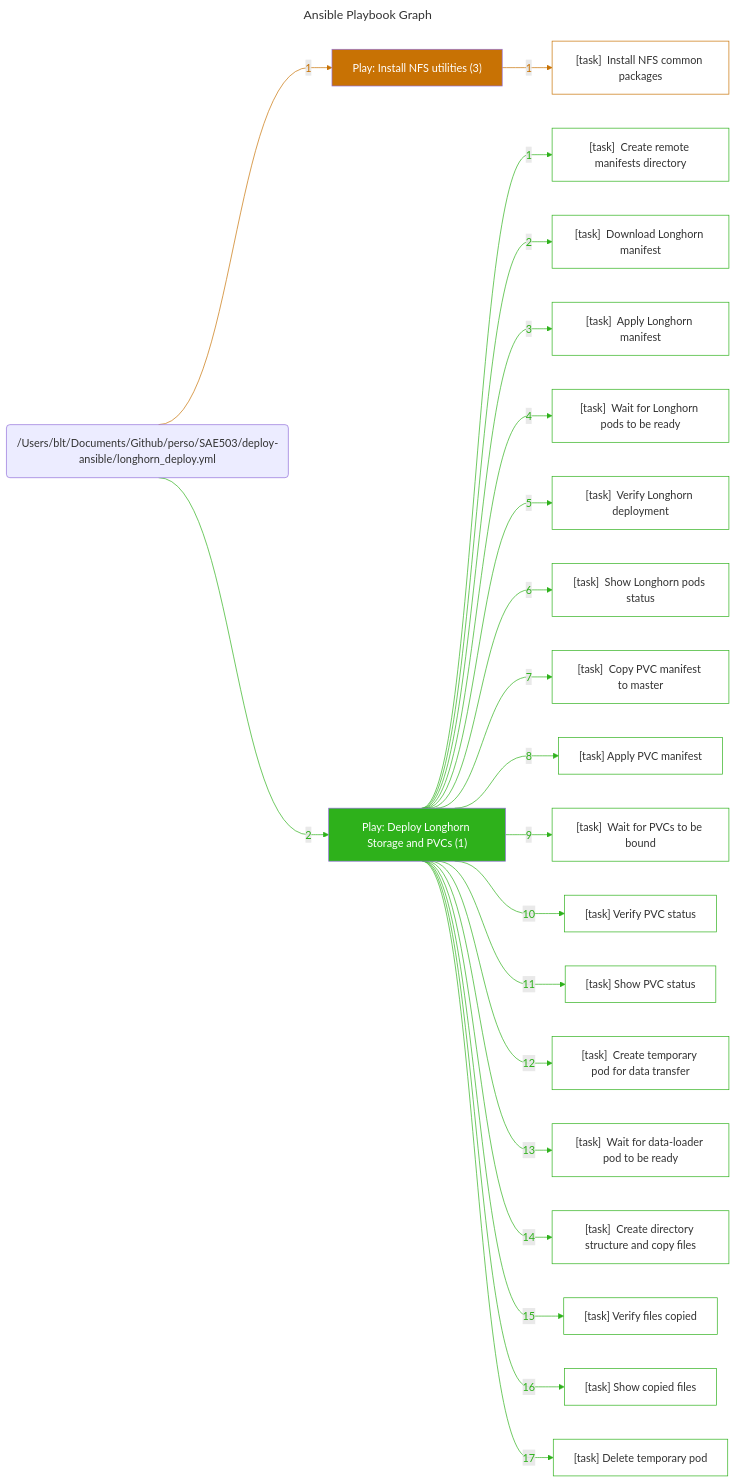
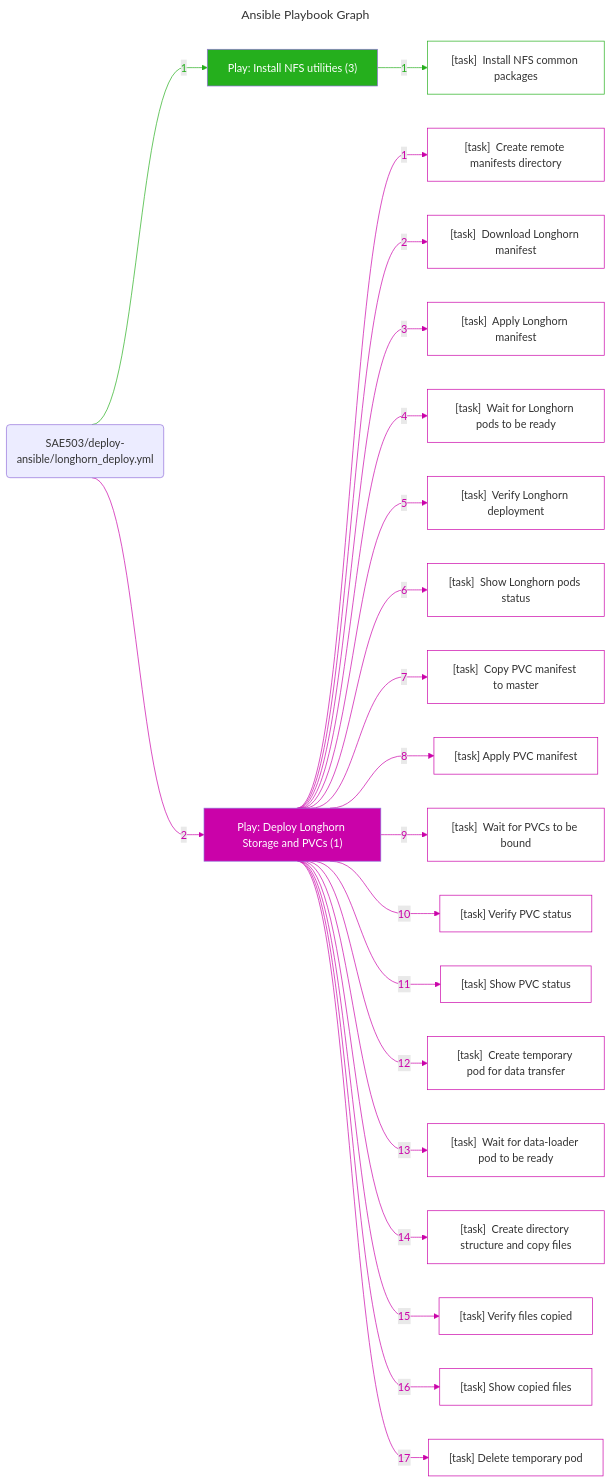
One commit to basilelt/SAE503 changed the diagram in graphs/longhorn_deploy.md. Above: the diagram before and after it, drawn with Mermaid. The commit also changed 3 other files, not shown here.

Commit message:
Update playbook graphs to remove hardcoded paths and enhance styling for better clarity

````diff
--- a/graphs/longhorn_deploy.md
+++ b/graphs/longhorn_deploy.md
@@ -4,92 +4,92 @@
 ---
 %%{ init: { "flowchart": { "curve": "bumpX" } } }%%
 flowchart LR
-	%% Start of the playbook '/Users/blt/Documents/Github/perso/SAE503/deploy-ansible/longhorn_deploy.yml'
-	playbook_07174a45("/Users/blt/Documents/Github/perso/SAE503/deploy-ansible/longhorn_deploy.yml")
+	%% Start of the playbook 'SAE503/deploy-ansible/longhorn_deploy.yml'
+	playbook_f51d045a("SAE503/deploy-ansible/longhorn_deploy.yml")
 		%% Start of the play 'Play: Install NFS utilities (3)'
-		play_49e6dd52["Play: Install NFS utilities (3)"]
-		style play_49e6dd52 fill:#c87204,color:#ffffff
-		playbook_07174a45 --> |"1"| play_49e6dd52
-		linkStyle 0 stroke:#c87204,color:#c87204
-			task_d1c6cede["[task]  Install NFS common packages"]
-			style task_d1c6cede stroke:#c87204,fill:#ffffff
-			play_49e6dd52 --> |"1"| task_d1c6cede
-			linkStyle 1 stroke:#c87204,color:#c87204
+		play_8b75566a["Play: Install NFS utilities (3)"]
+		style play_8b75566a fill:#25af1d,color:#ffffff
+		playbook_f51d045a --> |"1"| play_8b75566a
+		linkStyle 0 stroke:#25af1d,color:#25af1d
+			task_f09f77f0["[task]  Install NFS common packages"]
+			style task_f09f77f0 stroke:#25af1d,fill:#ffffff
+			play_8b75566a --> |"1"| task_f09f77f0
+			linkStyle 1 stroke:#25af1d,color:#25af1d
 		%% End of the play 'Play: Install NFS utilities (3)'
 		%% Start of the play 'Play: Deploy Longhorn Storage and PVCs (1)'
-		play_ea55d69d["Play: Deploy Longhorn Storage and PVCs (1)"]
-		style play_ea55d69d fill:#2eb11b,color:#ffffff
-		playbook_07174a45 --> |"2"| play_ea55d69d
-		linkStyle 2 stroke:#2eb11b,color:#2eb11b
-			task_333bb733["[task]  Create remote manifests directory"]
-			style task_333bb733 stroke:#2eb11b,fill:#ffffff
-			play_ea55d69d --> |"1"| task_333bb733
-			linkStyle 3 stroke:#2eb11b,color:#2eb11b
-			task_42355b24["[task]  Download Longhorn manifest"]
-			style task_42355b24 stroke:#2eb11b,fill:#ffffff
-			play_ea55d69d --> |"2"| task_42355b24
-			linkStyle 4 stroke:#2eb11b,color:#2eb11b
-			task_e3b43c06["[task]  Apply Longhorn manifest"]
-			style task_e3b43c06 stroke:#2eb11b,fill:#ffffff
-			play_ea55d69d --> |"3"| task_e3b43c06
-			linkStyle 5 stroke:#2eb11b,color:#2eb11b
-			task_437ee8d3["[task]  Wait for Longhorn pods to be ready"]
-			style task_437ee8d3 stroke:#2eb11b,fill:#ffffff
-			play_ea55d69d --> |"4"| task_437ee8d3
-			linkStyle 6 stroke:#2eb11b,color:#2eb11b
-			task_1f94bdf1["[task]  Verify Longhorn deployment"]
-			style task_1f94bdf1 stroke:#2eb11b,fill:#ffffff
-			play_ea55d69d --> |"5"| task_1f94bdf1
-			linkStyle 7 stroke:#2eb11b,color:#2eb11b
-			task_28922def["[task]  Show Longhorn pods status"]
-			style task_28922def stroke:#2eb11b,fill:#ffffff
-			play_ea55d69d --> |"6"| task_28922def
-			linkStyle 8 stroke:#2eb11b,color:#2eb11b
-			task_17045ad2["[task]  Copy PVC manifest to master"]
-			style task_17045ad2 stroke:#2eb11b,fill:#ffffff
-			play_ea55d69d --> |"7"| task_17045ad2
-			linkStyle 9 stroke:#2eb11b,color:#2eb11b
-			task_fde6053f["[task]  Apply PVC manifest"]
-			style task_fde6053f stroke:#2eb11b,fill:#ffffff
-			play_ea55d69d --> |"8"| task_fde6053f
-			linkStyle 10 stroke:#2eb11b,color:#2eb11b
-			task_61ac6269["[task]  Wait for PVCs to be bound"]
-			style task_61ac6269 stroke:#2eb11b,fill:#ffffff
-			play_ea55d69d --> |"9"| task_61ac6269
-			linkStyle 11 stroke:#2eb11b,color:#2eb11b
-			task_aa5a6588["[task]  Verify PVC status"]
-			style task_aa5a6588 stroke:#2eb11b,fill:#ffffff
-			play_ea55d69d --> |"10"| task_aa5a6588
-			linkStyle 12 stroke:#2eb11b,color:#2eb11b
-			task_b9eb346c["[task]  Show PVC status"]
-			style task_b9eb346c stroke:#2eb11b,fill:#ffffff
-			play_ea55d69d --> |"11"| task_b9eb346c
-			linkStyle 13 stroke:#2eb11b,color:#2eb11b
-			task_bd65870e["[task]  Create temporary pod for data transfer"]
-			style task_bd65870e stroke:#2eb11b,fill:#ffffff
-			play_ea55d69d --> |"12"| task_bd65870e
-			linkStyle 14 stroke:#2eb11b,color:#2eb11b
-			task_3bc15ae3["[task]  Wait for data-loader pod to be ready"]
-			style task_3bc15ae3 stroke:#2eb11b,fill:#ffffff
-			play_ea55d69d --> |"13"| task_3bc15ae3
-			linkStyle 15 stroke:#2eb11b,color:#2eb11b
-			task_60af8e96["[task]  Create directory structure and copy files"]
-			style task_60af8e96 stroke:#2eb11b,fill:#ffffff
-			play_ea55d69d --> |"14"| task_60af8e96
-			linkStyle 16 stroke:#2eb11b,color:#2eb11b
-			task_2bd362d4["[task]  Verify files copied"]
-			style task_2bd362d4 stroke:#2eb11b,fill:#ffffff
-			play_ea55d69d --> |"15"| task_2bd362d4
-			linkStyle 17 stroke:#2eb11b,color:#2eb11b
-			task_25eee184["[task]  Show copied files"]
-			style task_25eee184 stroke:#2eb11b,fill:#ffffff
-			play_ea55d69d --> |"16"| task_25eee184
-			linkStyle 18 stroke:#2eb11b,color:#2eb11b
-			task_d73bf616["[task]  Delete temporary pod"]
-			style task_d73bf616 stroke:#2eb11b,fill:#ffffff
-			play_ea55d69d --> |"17"| task_d73bf616
-			linkStyle 19 stroke:#2eb11b,color:#2eb11b
+		play_b8277cb8["Play: Deploy Longhorn Storage and PVCs (1)"]
+		style play_b8277cb8 fill:#ca02a9,color:#ffffff
+		playbook_f51d045a --> |"2"| play_b8277cb8
+		linkStyle 2 stroke:#ca02a9,color:#ca02a9
+			task_6262ca39["[task]  Create remote manifests directory"]
+			style task_6262ca39 stroke:#ca02a9,fill:#ffffff
+			play_b8277cb8 --> |"1"| task_6262ca39
+			linkStyle 3 stroke:#ca02a9,color:#ca02a9
+			task_0b1215fc["[task]  Download Longhorn manifest"]
+			style task_0b1215fc stroke:#ca02a9,fill:#ffffff
+			play_b8277cb8 --> |"2"| task_0b1215fc
+			linkStyle 4 stroke:#ca02a9,color:#ca02a9
+			task_ac26e07b["[task]  Apply Longhorn manifest"]
+			style task_ac26e07b stroke:#ca02a9,fill:#ffffff
+			play_b8277cb8 --> |"3"| task_ac26e07b
+			linkStyle 5 stroke:#ca02a9,color:#ca02a9
+			task_d1874215["[task]  Wait for Longhorn pods to be ready"]
+			style task_d1874215 stroke:#ca02a9,fill:#ffffff
+			play_b8277cb8 --> |"4"| task_d1874215
+			linkStyle 6 stroke:#ca02a9,color:#ca02a9
+			task_ecd83d7a["[task]  Verify Longhorn deployment"]
+			style task_ecd83d7a stroke:#ca02a9,fill:#ffffff
+			play_b8277cb8 --> |"5"| task_ecd83d7a
+			linkStyle 7 stroke:#ca02a9,color:#ca02a9
+			task_6d711aae["[task]  Show Longhorn pods status"]
+			style task_6d711aae stroke:#ca02a9,fill:#ffffff
+			play_b8277cb8 --> |"6"| task_6d711aae
+			linkStyle 8 stroke:#ca02a9,color:#ca02a9
+			task_24dd2137["[task]  Copy PVC manifest to master"]
+			style task_24dd2137 stroke:#ca02a9,fill:#ffffff
+			play_b8277cb8 --> |"7"| task_24dd2137
+			linkStyle 9 stroke:#ca02a9,color:#ca02a9
+			task_a1d934f4["[task]  Apply PVC manifest"]
+			style task_a1d934f4 stroke:#ca02a9,fill:#ffffff
+			play_b8277cb8 --> |"8"| task_a1d934f4
+			linkStyle 10 stroke:#ca02a9,color:#ca02a9
+			task_310fe23d["[task]  Wait for PVCs to be bound"]
+			style task_310fe23d stroke:#ca02a9,fill:#ffffff
+			play_b8277cb8 --> |"9"| task_310fe23d
+			linkStyle 11 stroke:#ca02a9,color:#ca02a9
+			task_9803483a["[task]  Verify PVC status"]
+			style task_9803483a stroke:#ca02a9,fill:#ffffff
+			play_b8277cb8 --> |"10"| task_9803483a
+			linkStyle 12 stroke:#ca02a9,color:#ca02a9
+			task_9b257a66["[task]  Show PVC status"]
+			style task_9b257a66 stroke:#ca02a9,fill:#ffffff
+			play_b8277cb8 --> |"11"| task_9b257a66
+			linkStyle 13 stroke:#ca02a9,color:#ca02a9
+			task_43332c0f["[task]  Create temporary pod for data transfer"]
+			style task_43332c0f stroke:#ca02a9,fill:#ffffff
+			play_b8277cb8 --> |"12"| task_43332c0f
+			linkStyle 14 stroke:#ca02a9,color:#ca02a9
+			task_b18f5345["[task]  Wait for data-loader pod to be ready"]
+			style task_b18f5345 stroke:#ca02a9,fill:#ffffff
+			play_b8277cb8 --> |"13"| task_b18f5345
+			linkStyle 15 stroke:#ca02a9,color:#ca02a9
+			task_98bc0d2e["[task]  Create directory structure and copy files"]
+			style task_98bc0d2e stroke:#ca02a9,fill:#ffffff
+			play_b8277cb8 --> |"14"| task_98bc0d2e
+			linkStyle 16 stroke:#ca02a9,color:#ca02a9
+			task_ab741542["[task]  Verify files copied"]
+			style task_ab741542 stroke:#ca02a9,fill:#ffffff
+			play_b8277cb8 --> |"15"| task_ab741542
+			linkStyle 17 stroke:#ca02a9,color:#ca02a9
+			task_2497093f["[task]  Show copied files"]
+			style task_2497093f stroke:#ca02a9,fill:#ffffff
+			play_b8277cb8 --> |"16"| task_2497093f
+			linkStyle 18 stroke:#ca02a9,color:#ca02a9
+			task_cc9f57b5["[task]  Delete temporary pod"]
+			style task_cc9f57b5 stroke:#ca02a9,fill:#ffffff
+			play_b8277cb8 --> |"17"| task_cc9f57b5
+			linkStyle 19 stroke:#ca02a9,color:#ca02a9
 		%% End of the play 'Play: Deploy Longhorn Storage and PVCs (1)'
-	%% End of the playbook '/Users/blt/Documents/Github/perso/SAE503/deploy-ansible/longhorn_deploy.yml'
+	%% End of the playbook 'SAE503/deploy-ansible/longhorn_deploy.yml'
 
 ```
````
